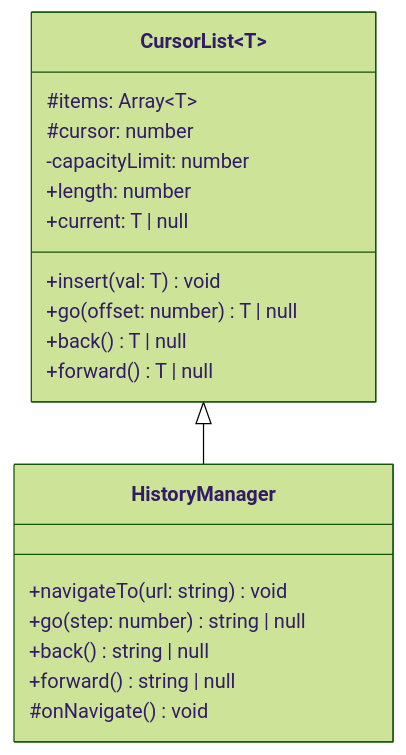
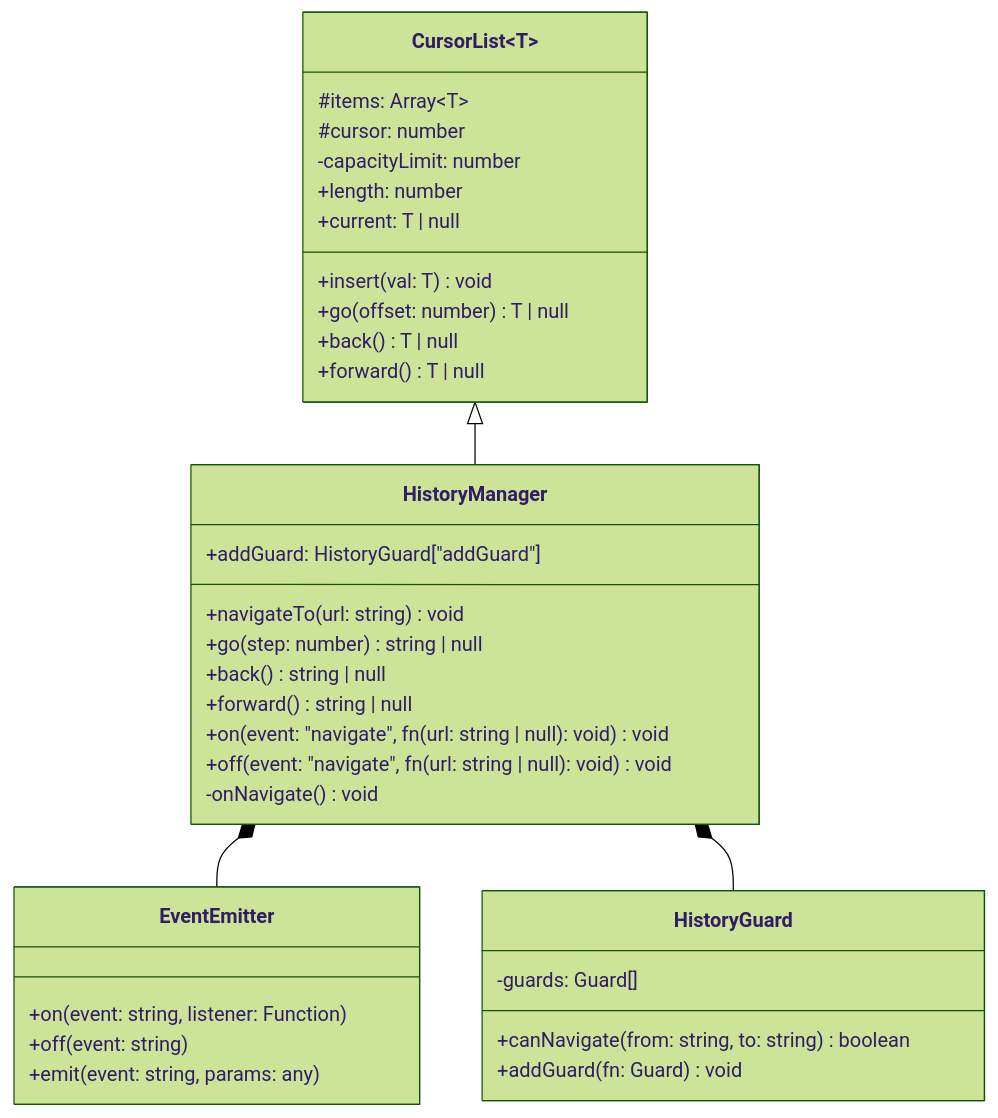
Before and after one commit to darotar/learning-history-manager: the diagram in README.md, drawn with Mermaid (forest theme). The commit also changed 4 other files, not shown here.

Commit message:
Added guard and event subscriber

````diff
--- a/README.md
+++ b/README.md
@@ -1,24 +1,46 @@
 ```mermaid
 classDiagram
   class CursorList~T~ {
     #items: Array~T~
     #cursor: number
     -capacityLimit: number
     +length: number
     +current: T | null
+
     +insert(val: T) void
     +go(offset: number) T | null
     +back() T | null
     +forward() T | null
   }
 
   class HistoryManager {
+    +addGuard: HistoryGuard["addGuard"]
+
     +navigateTo(url: string) void
     +go(step: number) string | null
     +back() string | null
     +forward() string | null
-    #onNavigate() void
+
+    +on(event: "navigate", fn(url: string | null): void) void
+    +off(event: "navigate", fn(url: string | null): void) void
+
+    -onNavigate() void
+  }
+
+  class HistoryGuard {
+    -guards: Guard[]
+
+    +canNavigate(from: string, to: string) boolean
+    +addGuard(fn: Guard) void
+  }
+
+  class EventEmitter {
+    +on(event: string, listener: Function)
+    +off(event: string)
+    +emit(event: string, params: any)
   }
 
   CursorList<|--HistoryManager
+  HistoryManager *-- EventEmitter
+  HistoryManager *-- HistoryGuard
 ```
````
